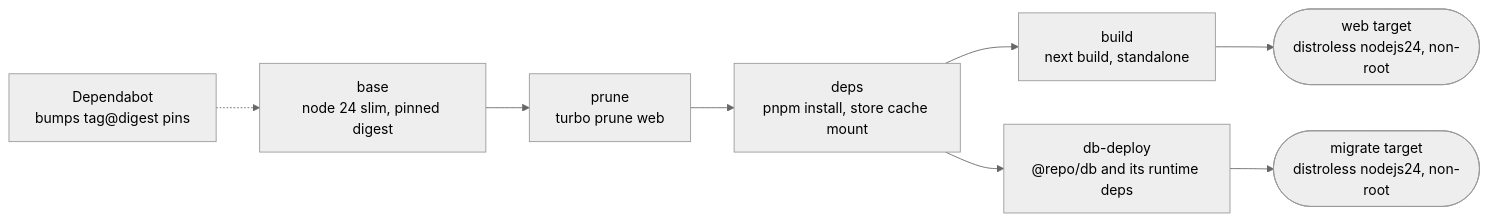
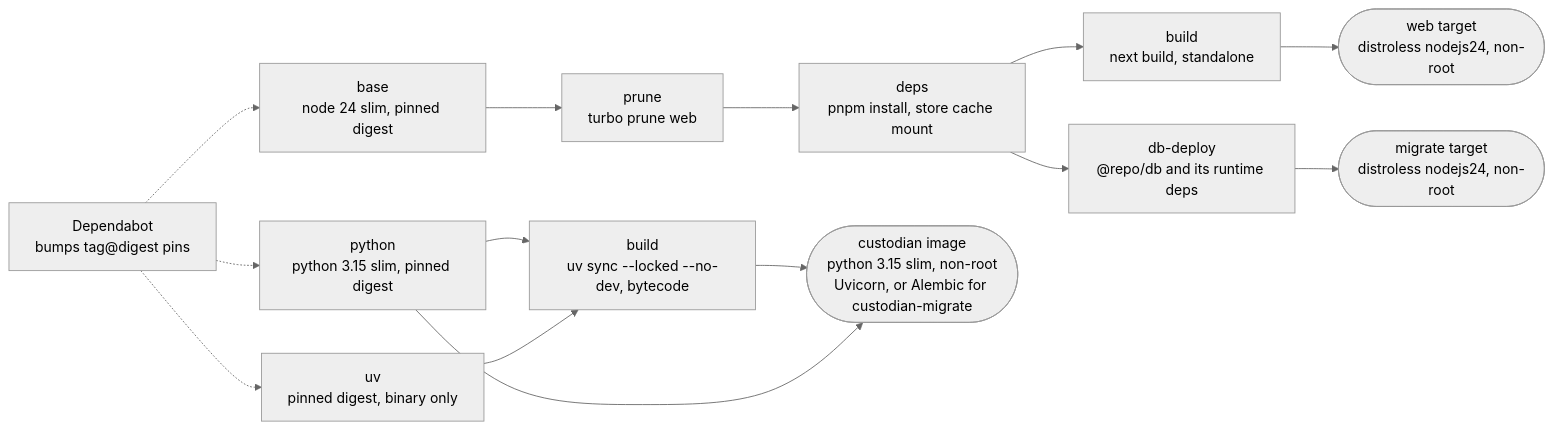
One commit to m0t0r/cognitive-wealth changed the diagram in docs/diagrams/image-build.mmd. Above: the diagram before and after it, drawn with Mermaid (neutral theme). The commit also changed 11 other files, not shown here.

First line of the commit message:
feat(custodian): Dockerfile, Compose services and Dependabot

```diff
--- a/docs/diagrams/image-build.mmd
+++ b/docs/diagrams/image-build.mmd
@@ -1,8 +1,15 @@
 flowchart LR
   base["base<br/>node 24 slim, pinned digest"] --> prune["prune<br/>turbo prune web"]
   prune --> deps["deps<br/>pnpm install, store cache mount"]
   deps --> build["build<br/>next build, standalone"]
   deps --> dbdeploy["db-deploy<br/>@repo/db and its runtime deps"]
   build --> web(["web target<br/>distroless nodejs24, non-root"])
   dbdeploy --> migrate(["migrate target<br/>distroless nodejs24, non-root"])
   dependabot["Dependabot<br/>bumps tag@digest pins"] -.-> base
+
+  python["python<br/>python 3.15 slim, pinned digest"] --> cbuild["build<br/>uv sync --locked --no-dev, bytecode"]
+  uv["uv<br/>pinned digest, binary only"] --> cbuild
+  cbuild --> custodian(["custodian image<br/>python 3.15 slim, non-root<br/>Uvicorn, or Alembic for custodian-migrate"])
+  python --> custodian
+  dependabot -.-> python
+  dependabot -.-> uv
```
